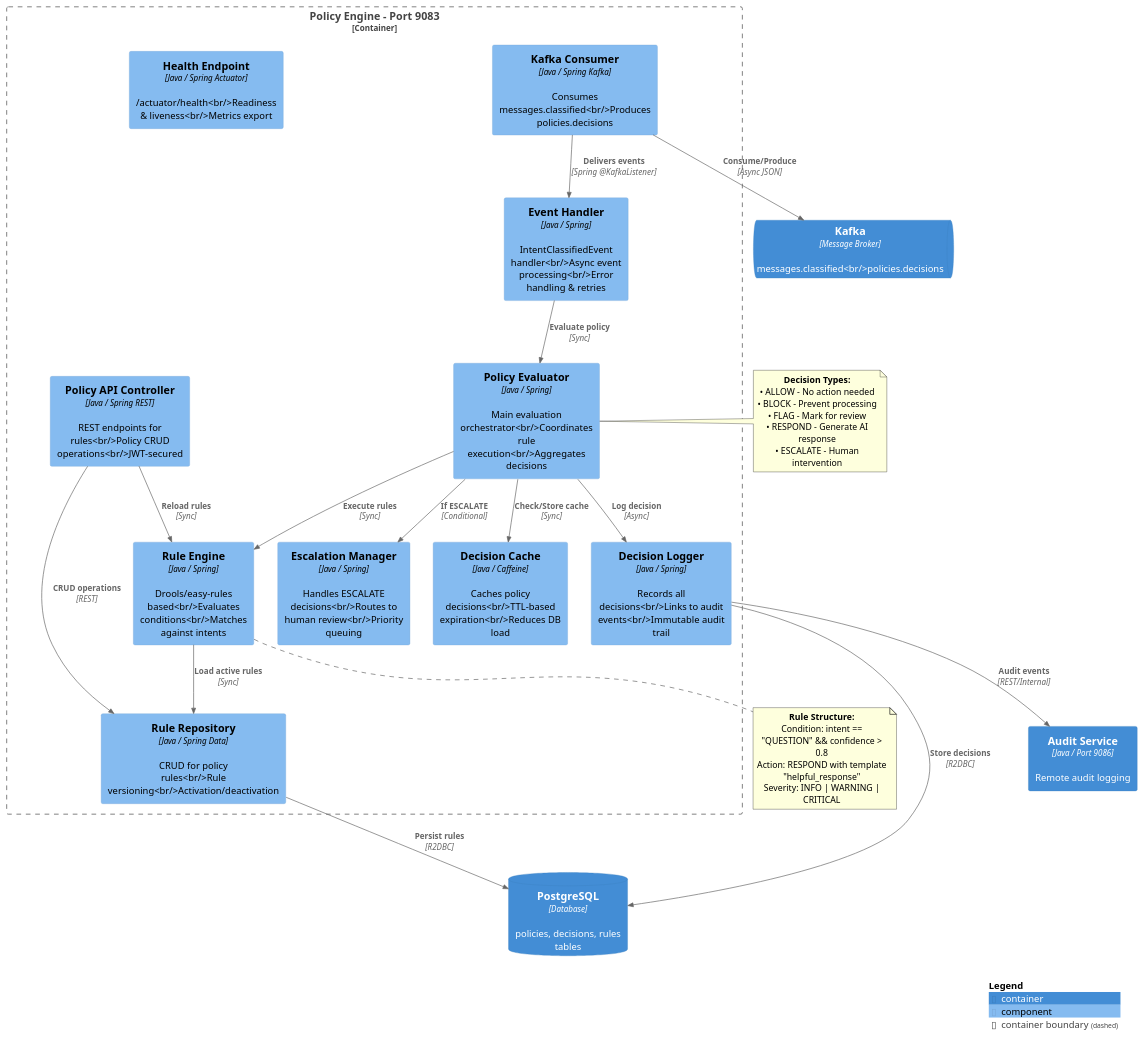
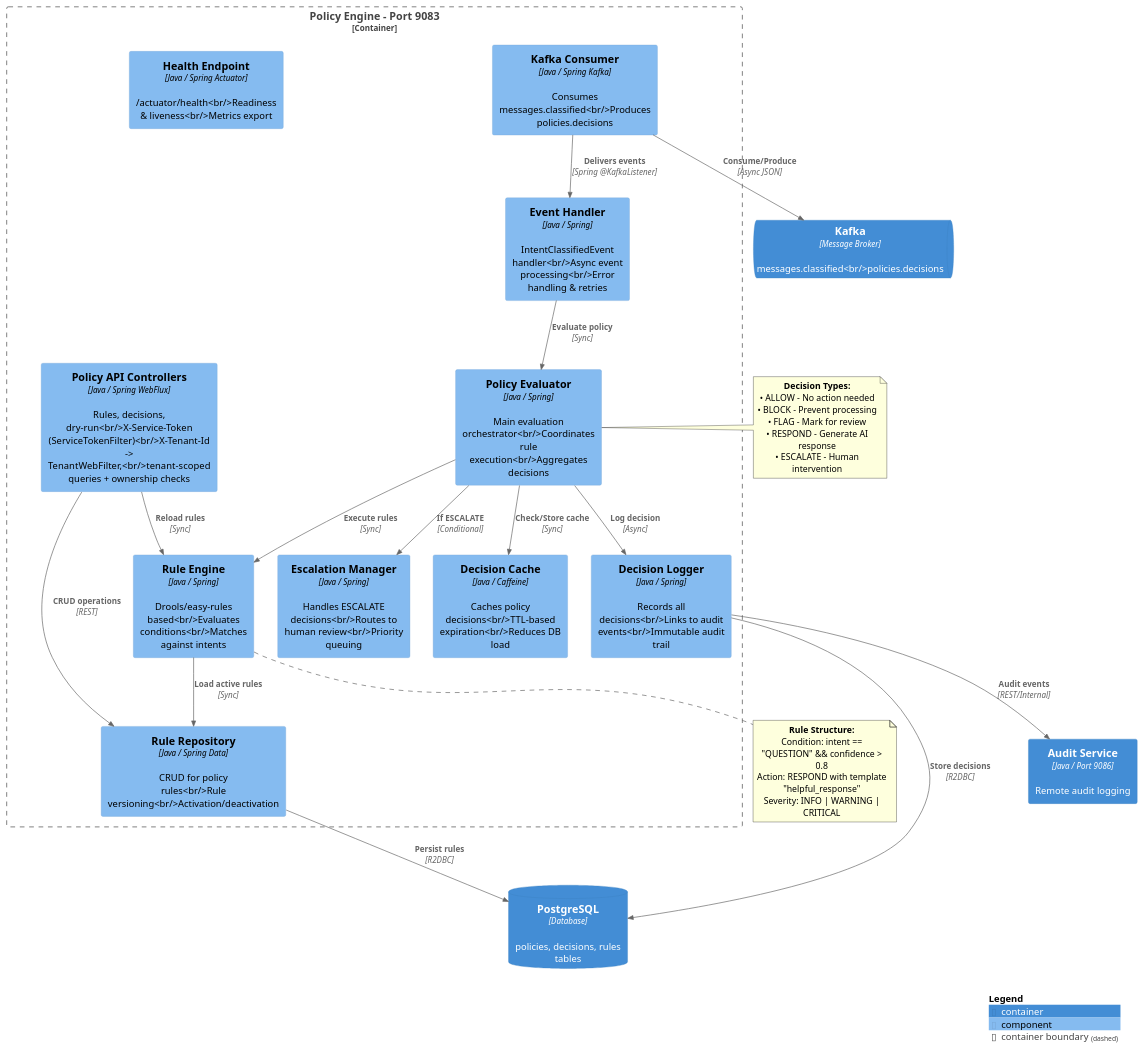
The diagram in documentation/diagrams/c3-policy-engine.puml (theyellow/ecip), drawn with PlantUML before and after one commit. The commit also changed 5 other files, not shown here.

First line of the commit message:
docs(tenant): ADR-009 HTTP-path enforcement, tenant propagation diagram, TENANT-AUDIT status

```diff
--- a/documentation/diagrams/c3-policy-engine.puml
+++ b/documentation/diagrams/c3-policy-engine.puml
@@ -1,76 +1,76 @@
 @startuml C3_Policy_Engine
 !include https://raw.githubusercontent.com/plantuml-stdlib/C4-PlantUML/master/C4_Component.puml
 
 ' Purpose: Component-level view of Policy Engine showing decision logic
 ' Used in: architecture.adoc - Policy Engine Component section
 
 LAYOUT_WITH_LEGEND()
 
 Container_Boundary(policy_engine, "Policy Engine - Port 9083") {
 
     ' Event Processing
     Component(kafka_consumer, "Kafka Consumer", "Java / Spring Kafka", "Consumes messages.classified<br/>Produces policies.decisions")
 
     Component(event_handler, "Event Handler", "Java / Spring", "IntentClassifiedEvent handler<br/>Async event processing<br/>Error handling & retries")
 
     ' Core Decision Logic
     Component(policy_evaluator, "Policy Evaluator", "Java / Spring", "Main evaluation orchestrator<br/>Coordinates rule execution<br/>Aggregates decisions")
 
     Component(rule_engine, "Rule Engine", "Java / Spring", "Drools/easy-rules based<br/>Evaluates conditions<br/>Matches against intents")
 
     Component(rule_repository, "Rule Repository", "Java / Spring Data", "CRUD for policy rules<br/>Rule versioning<br/>Activation/deactivation")
 
     ' Decision Management
     Component(decision_logger, "Decision Logger", "Java / Spring", "Records all decisions<br/>Links to audit events<br/>Immutable audit trail")
 
     Component(escalation_manager, "Escalation Manager", "Java / Spring", "Handles ESCALATE decisions<br/>Routes to human review<br/>Priority queuing")
 
     Component(decision_cache, "Decision Cache", "Java / Caffeine", "Caches policy decisions<br/>TTL-based expiration<br/>Reduces DB load")
 
     ' Policy API
-    Component(policy_api, "Policy API Controller", "Java / Spring REST", "REST endpoints for rules<br/>Policy CRUD operations<br/>JWT-secured")
+    Component(policy_api, "Policy API Controllers", "Java / Spring WebFlux", "Rules, decisions, dry-run<br/>X-Service-Token (ServiceTokenFilter)<br/>X-Tenant-Id -> TenantWebFilter,<br/>tenant-scoped queries + ownership checks")
 
     Component(health_endpoint, "Health Endpoint", "Java / Spring Actuator", "/actuator/health<br/>Readiness & liveness<br/>Metrics export")
 }
 
 ' External connections
 ContainerDb(postgres, "PostgreSQL", "Database", "policies, decisions, rules tables")
 ContainerQueue(kafka, "Kafka", "Message Broker", "messages.classified<br/>policies.decisions")
 Container(audit_service, "Audit Service", "Java / Port 9086", "Remote audit logging")
 
 ' Internal relationships
 Rel(kafka_consumer, event_handler, "Delivers events", "Spring @KafkaListener")
 Rel(event_handler, policy_evaluator, "Evaluate policy", "Sync")
 Rel(policy_evaluator, rule_engine, "Execute rules", "Sync")
 Rel(rule_engine, rule_repository, "Load active rules", "Sync")
 Rel(policy_evaluator, decision_logger, "Log decision", "Async")
 Rel(policy_evaluator, escalation_manager, "If ESCALATE", "Conditional")
 Rel(policy_evaluator, decision_cache, "Check/Store cache", "Sync")
 Rel(policy_api, rule_repository, "CRUD operations", "REST")
 Rel(policy_api, rule_engine, "Reload rules", "Sync")
 
 ' External relationships
 Rel(kafka_consumer, kafka, "Consume/Produce", "Async JSON")
 Rel(rule_repository, postgres, "Persist rules", "R2DBC")
 Rel(decision_logger, postgres, "Store decisions", "R2DBC")
 Rel(decision_logger, audit_service, "Audit events", "REST/Internal")
 
 ' Data flow notes
 note right of policy_evaluator
   <b>Decision Types:</b>
   • ALLOW - No action needed
   • BLOCK - Prevent processing
   • FLAG - Mark for review
   • RESPOND - Generate AI response
   • ESCALATE - Human intervention
 end note
 
 note bottom of rule_engine
   <b>Rule Structure:</b>
   Condition: intent == "QUESTION" && confidence > 0.8
   Action: RESPOND with template "helpful_response"
   Severity: INFO | WARNING | CRITICAL
 end note
 
 SHOW_LEGEND()
 @enduml
```
